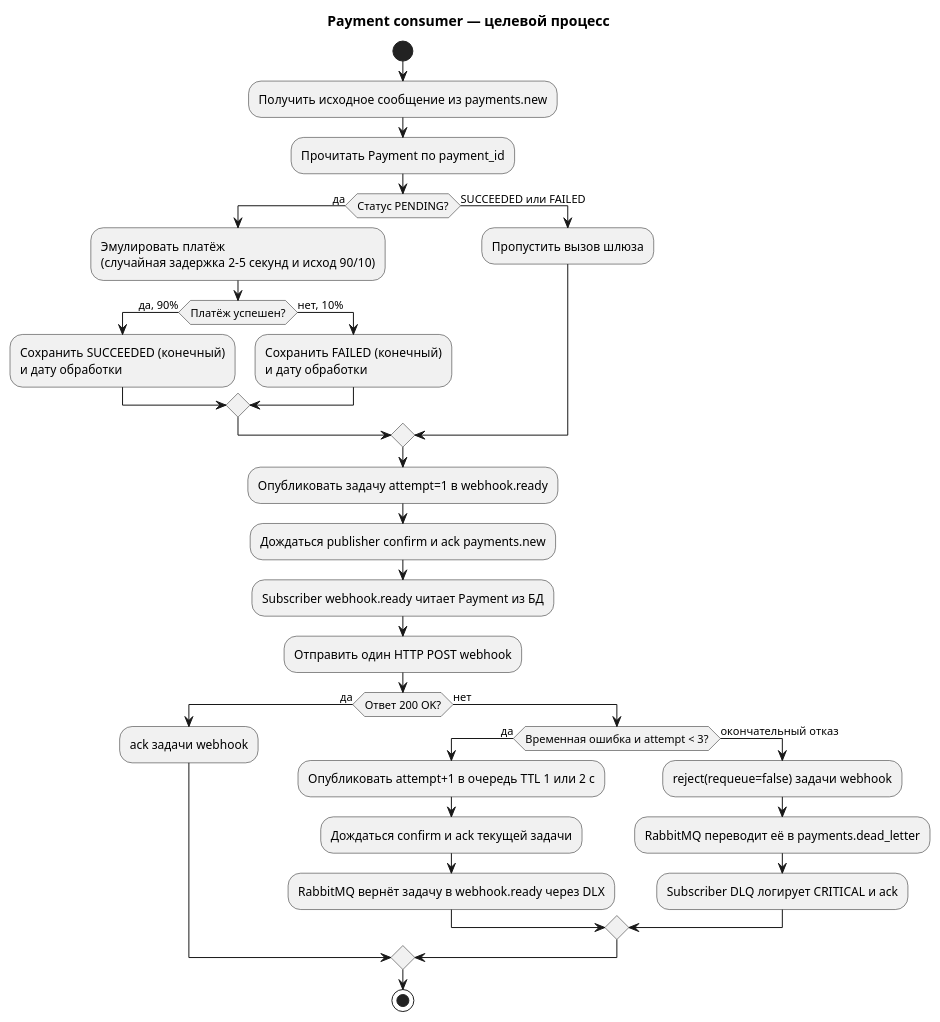
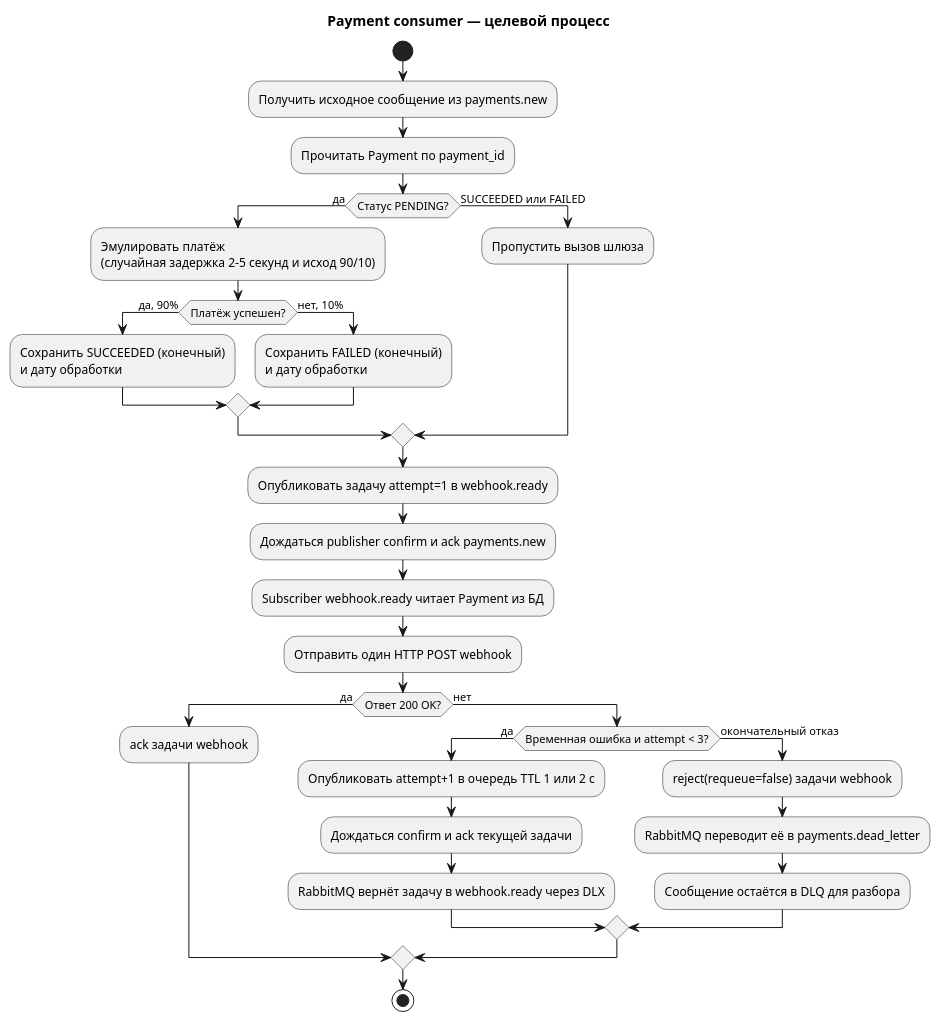
Before and after one commit to devartpy/payment-service: the diagram in docs/architecture/diagrams/payment-consumer-activity.puml, drawn with PlantUML. The commit also changed 9 other files, not shown here.

```diff
--- a/docs/architecture/diagrams/payment-consumer-activity.puml
+++ b/docs/architecture/diagrams/payment-consumer-activity.puml
@@ -1,37 +1,37 @@
 @startuml
 title Payment consumer — целевой процесс
 
 start
 :Получить исходное сообщение из payments.new;
 :Прочитать Payment по payment_id;
 
 if (Статус PENDING?) then (да)
   :Эмулировать платёж\n(случайная задержка 2–5 секунд и исход 90/10);
   if (Платёж успешен?) then (да, 90%)
     :Сохранить SUCCEEDED (конечный)\nи дату обработки;
   else (нет, 10%)
     :Сохранить FAILED (конечный)\nи дату обработки;
   endif
 else (SUCCEEDED или FAILED)
   :Пропустить вызов шлюза;
 endif
 
 :Опубликовать задачу attempt=1 в webhook.ready;
 :Дождаться publisher confirm и ack payments.new;
 :Subscriber webhook.ready читает Payment из БД;
 :Отправить один HTTP POST webhook;
 if (Ответ 200 OK?) then (да)
   :ack задачи webhook;
 else (нет)
   if (Временная ошибка и attempt < 3?) then (да)
     :Опубликовать attempt+1 в очередь TTL 1 или 2 с;
     :Дождаться confirm и ack текущей задачи;
     :RabbitMQ вернёт задачу в webhook.ready через DLX;
   else (окончательный отказ)
     :reject(requeue=false) задачи webhook;
     :RabbitMQ переводит её в payments.dead_letter;
-    :Subscriber DLQ логирует CRITICAL и ack;
+    :Сообщение остаётся в DLQ для разбора;
   endif
 endif
 stop
 @enduml
```
